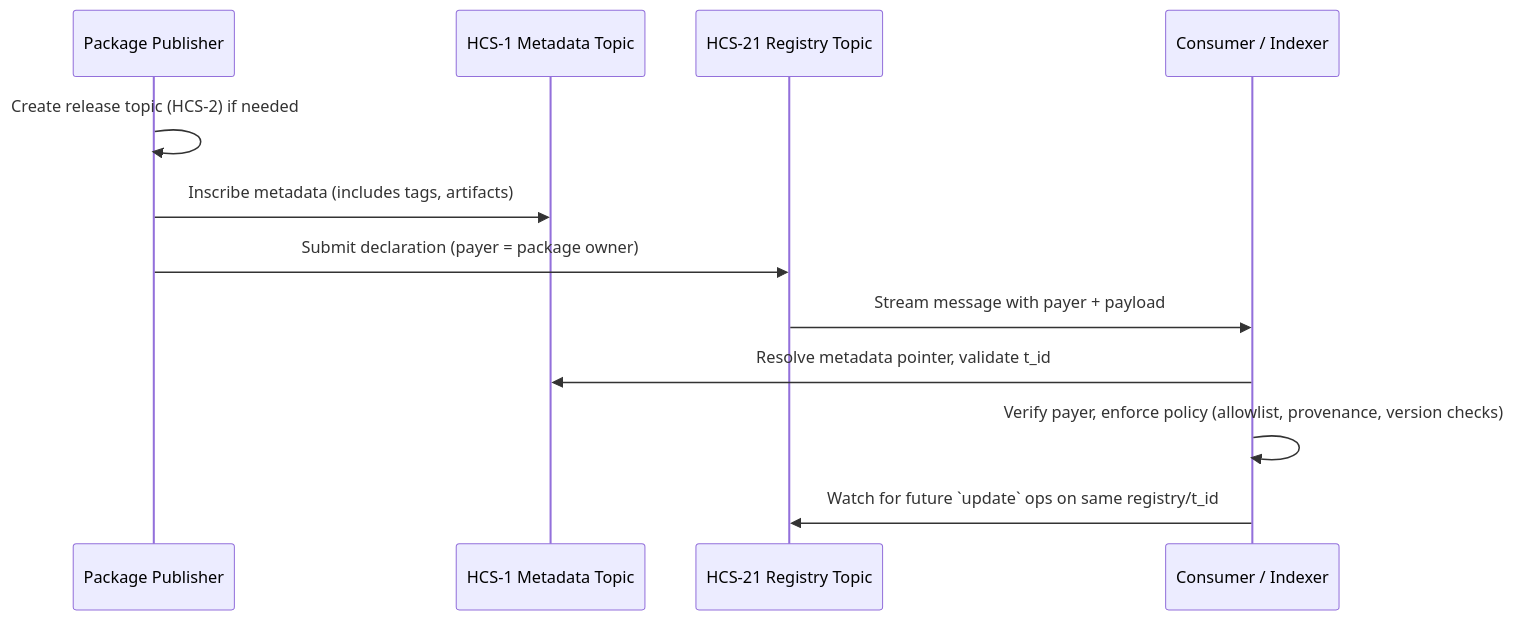
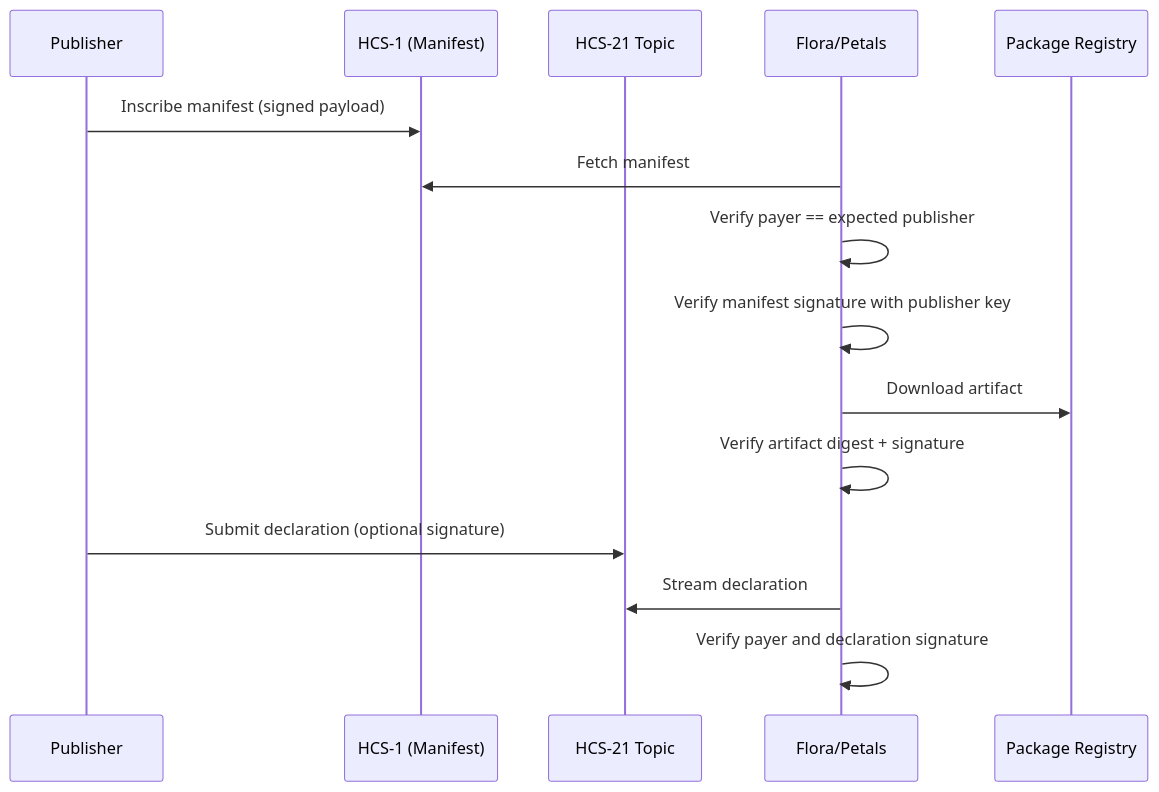
Before and after one commit to hashgraph-online/hcs-improvement-proposals: the third of 6 diagrams in docs/standards/hcs-21.md, drawn with Mermaid. The commit also changed other lines of this file and 20 other files, not shown here.

````diff
--- a/docs/standards/hcs-21.md
+++ b/docs/standards/hcs-21.md
@@ -148,15 +582,18 @@
 ```mermaid
 sequenceDiagram
-    participant Pub as Package Publisher
-    participant HCS1 as HCS-1 Metadata Topic
-    participant RegTopic as HCS-21 Registry Topic
-    participant Cons as Consumer / Indexer
+    participant Pub as Publisher
+    participant H1 as HCS-1 (Manifest)
+    participant H21 as HCS-21 Topic
+    participant Flora as Flora/Petals
+    participant Reg as Package Registry
 
-    Pub->>Pub: Create release topic (HCS-2) if needed
-    Pub->>HCS1: Inscribe metadata (includes tags, artifacts)
-    Pub->>RegTopic: Submit declaration (payer = package owner)
-    RegTopic->>Cons: Stream message with payer + payload
-    Cons->>HCS1: Resolve metadata pointer, validate t_id
-    Cons->>Cons: Verify payer, enforce policy (allowlist, provenance, version checks)
-    Cons->>RegTopic: Watch for future `update` ops on same registry/t_id
+    Pub->>H1: Inscribe manifest (signed payload)
+    Flora->>H1: Fetch manifest
+    Flora->>Flora: Verify payer == expected publisher
+    Flora->>Flora: Verify manifest signature with publisher key
+    Flora->>Reg: Download artifact
+    Flora->>Flora: Verify artifact digest + signature
+    Pub->>H21: Submit declaration (optional signature)
+    Flora->>H21: Stream declaration
+    Flora->>Flora: Verify payer and declaration signature
 ```
````
